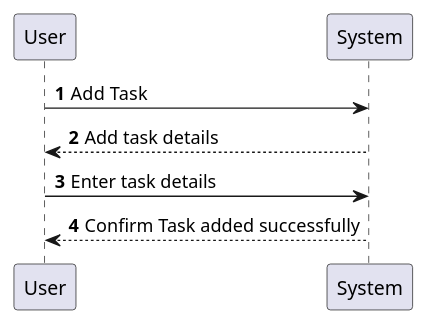
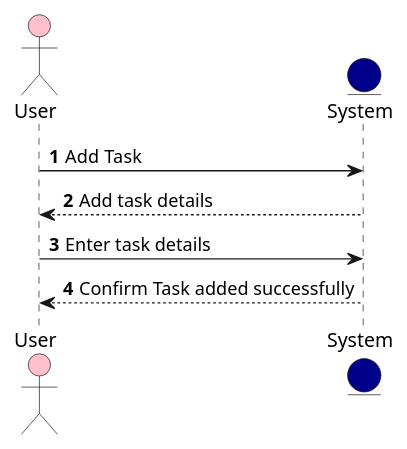
One commit to Wessam100/On-Time- changed the diagram in Add Task.puml. Above: the diagram before and after it, drawn with PlantUML. The commit also changed 3 other files, not shown here.

```diff
--- a/Add Task.puml
+++ b/Add Task.puml
@@ -1,12 +1,14 @@
 @startuml
 'https://plantuml.com/sequence-diagram
 
 autonumber
 
+actor User #Pink
+entity System #darkblue
 User -> System: Add Task
 System --> User: Add task details
 User -> System: Enter task details
 System --> User: Confirm Task added successfully
 
 
 @enduml
```
